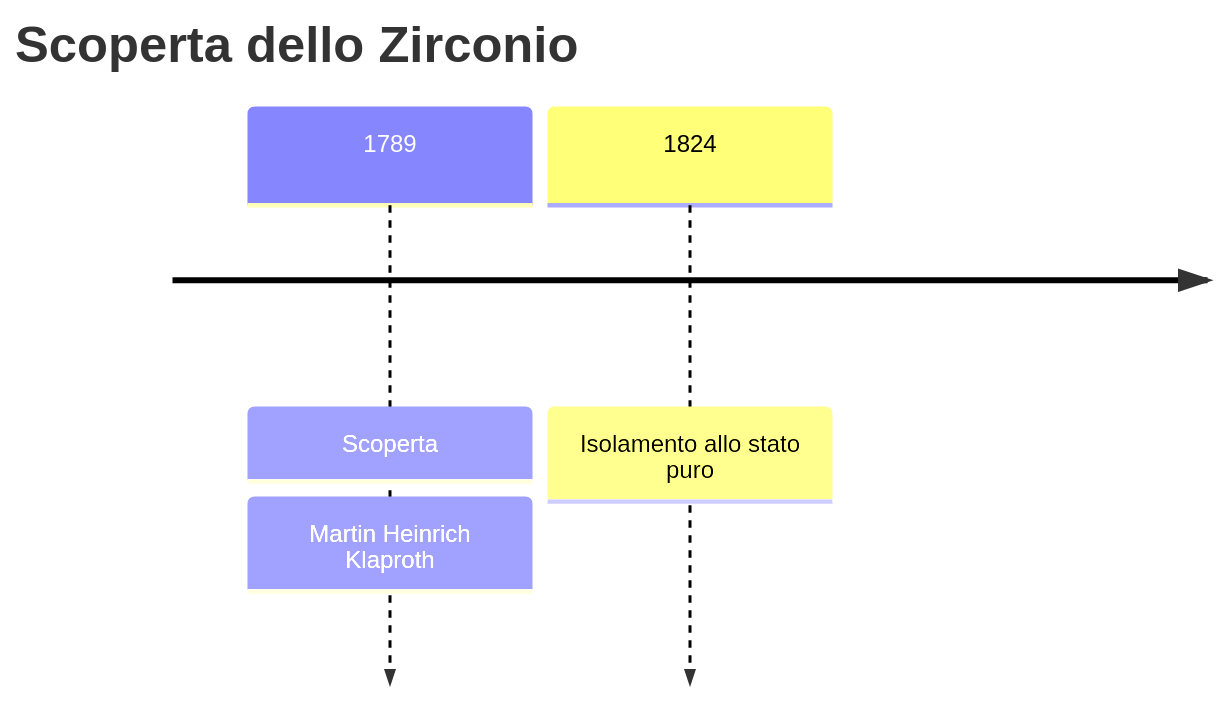
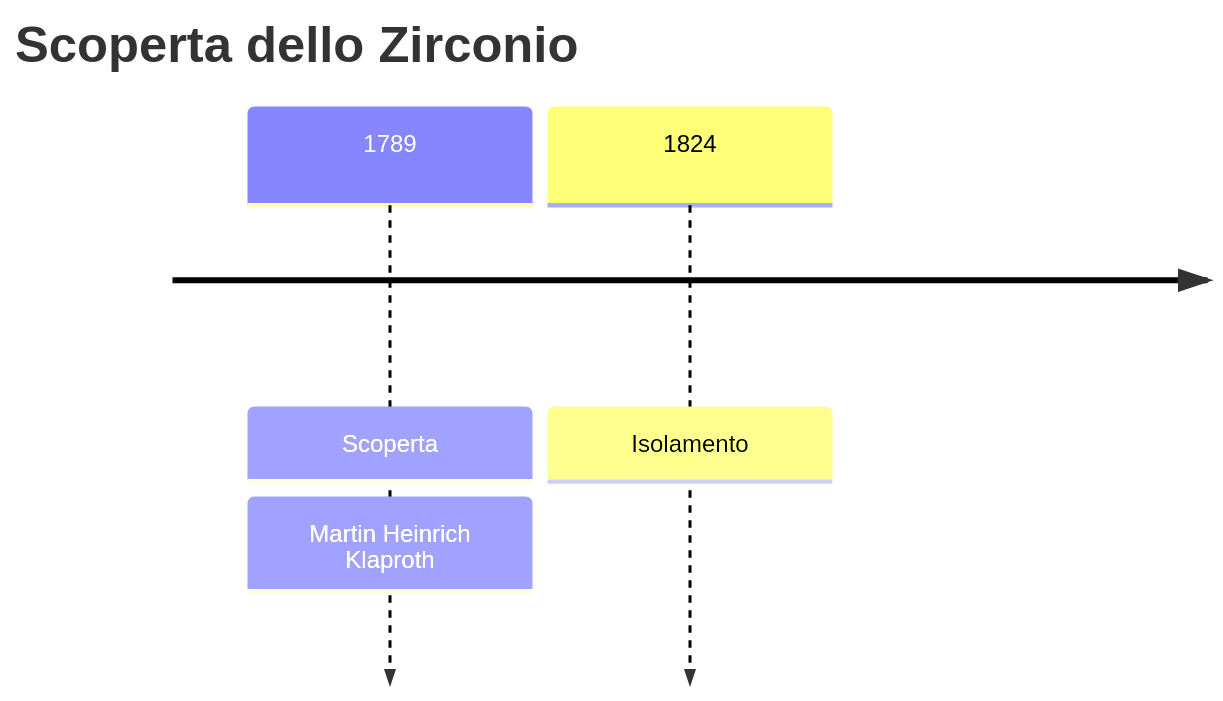
Before and after one commit to gianlucaciarcelluti/elements-caos: the first of 3 diagrams in vault/Elementi/Zirconio.md, drawn with Mermaid. The commit also changed 56 other files, not shown here.

````diff
--- a/vault/Elementi/Zirconio.md
+++ b/vault/Elementi/Zirconio.md
@@ -28,6 +28,6 @@
 ```mermaid
 timeline
     title Scoperta dello Zirconio
     1789 : Scoperta : Martin Heinrich Klaproth
-    1824 : Isolamento allo stato puro
+    1824 : Isolamento
 ```
````
